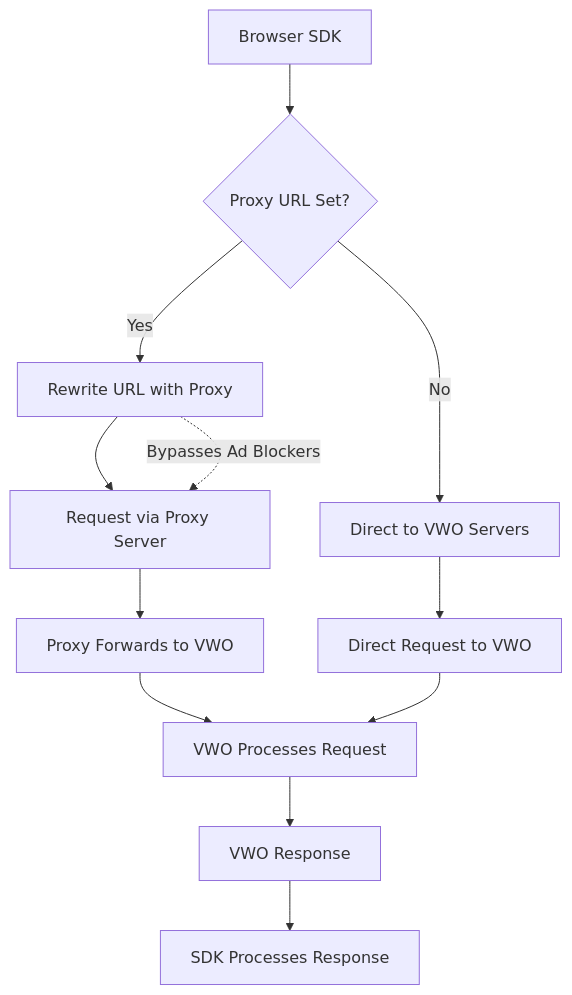
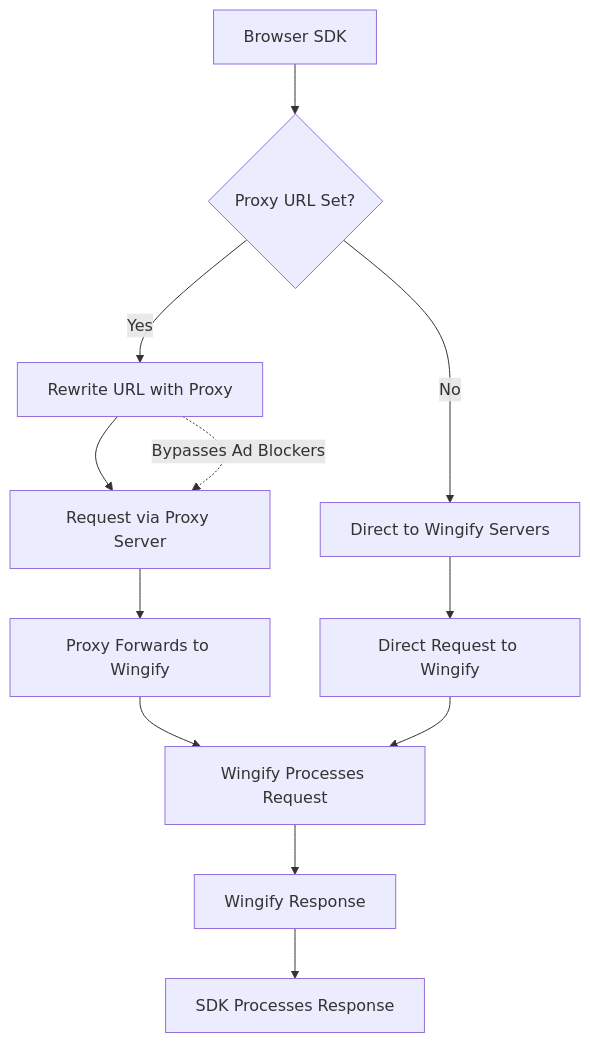
The diagram in docs/SDK Reference/mobile-sdks/fme-react/fme-react-proxy-url.md (wingify/readme-central), drawn with Mermaid before and after one commit. The commit also changed other lines of this file, not shown here.

Commit message:
Update doc `fme-react-proxy-url`

````diff
--- a/docs/SDK Reference/mobile-sdks/fme-react/fme-react-proxy-url.md
+++ b/docs/SDK Reference/mobile-sdks/fme-react/fme-react-proxy-url.md
@@ -40,18 +36,14 @@
 ```mermaid
 flowchart TD
     A["Browser SDK"] --> B{"Proxy URL Set?"}
     B -- Yes --> C["Rewrite URL with Proxy"]
-    B -- No --> D["Direct to VWO Servers"]
+    B -- No --> D["Direct to Wingify Servers"]
     C --> E["Request via Proxy Server"]
-    E --> G["Proxy Forwards to VWO"]
-    D --> F["Direct Request to VWO"]
-    G --> H["VWO Processes Request"]
+    E --> G["Proxy Forwards to Wingify"]
+    D --> F["Direct Request to Wingify"]
+    G --> H["Wingify Processes Request"]
     F --> H
-    H --> I["VWO Response"]
+    H --> I["Wingify Response"]
     I --> J["SDK Processes Response"]
     C -. Bypasses Ad Blockers .-> E
-
-
-
-
 ```
````
